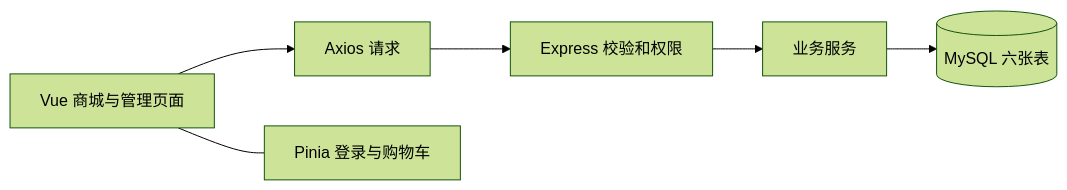
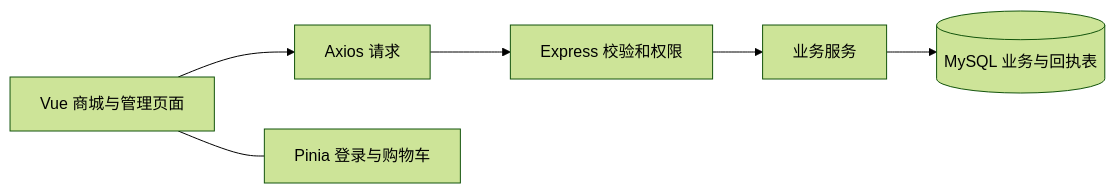
One commit to jyiwxinshao/vanguard-armory changed the first of 2 diagrams in docs/01-project-design.md. Above: the diagram before and after it, drawn with Mermaid (forest theme). The commit also changed other lines of this file and 27 other files, not shown here.

````diff
--- a/docs/01-project-design.md
+++ b/docs/01-project-design.md
@@ -61,8 +61,8 @@
 ```mermaid
 flowchart LR
     A[Vue 商城与管理页面] --> B[Axios 请求]
     B --> C[Express 校验和权限]
     C --> D[业务服务]
-    D --> E[(MySQL 六张表)]
+    D --> E[(MySQL 业务与回执表)]
     A --- F[Pinia 登录与购物车]
 ```
````
